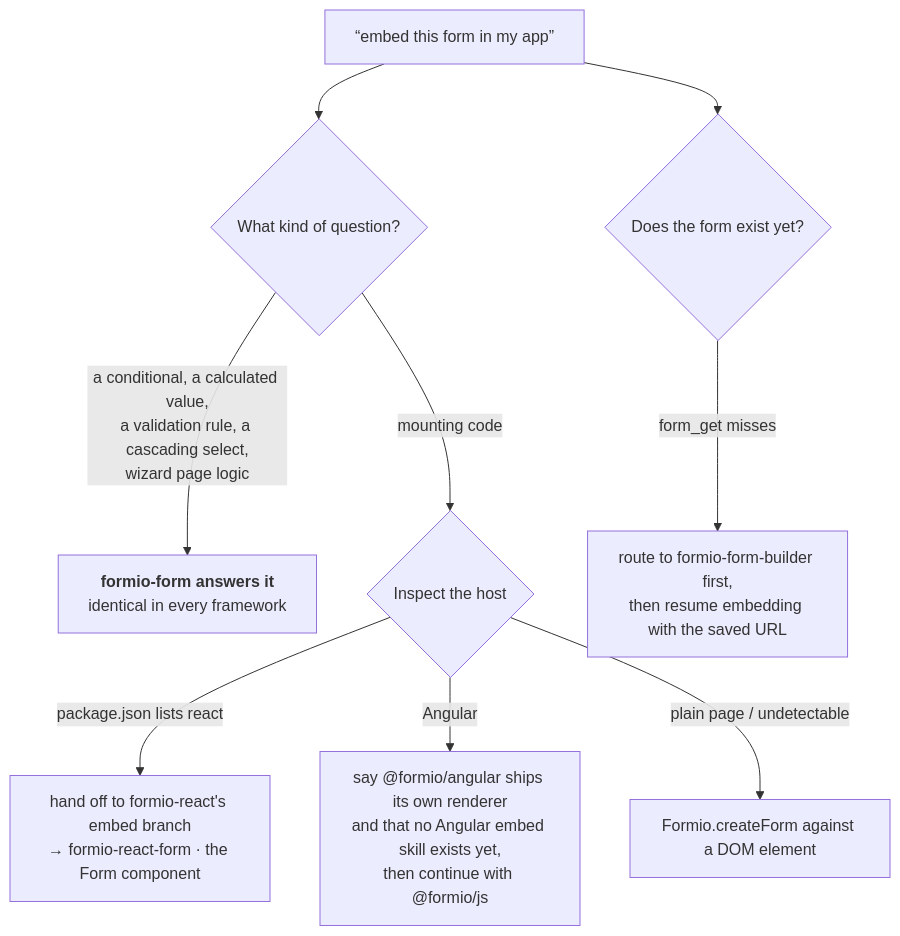
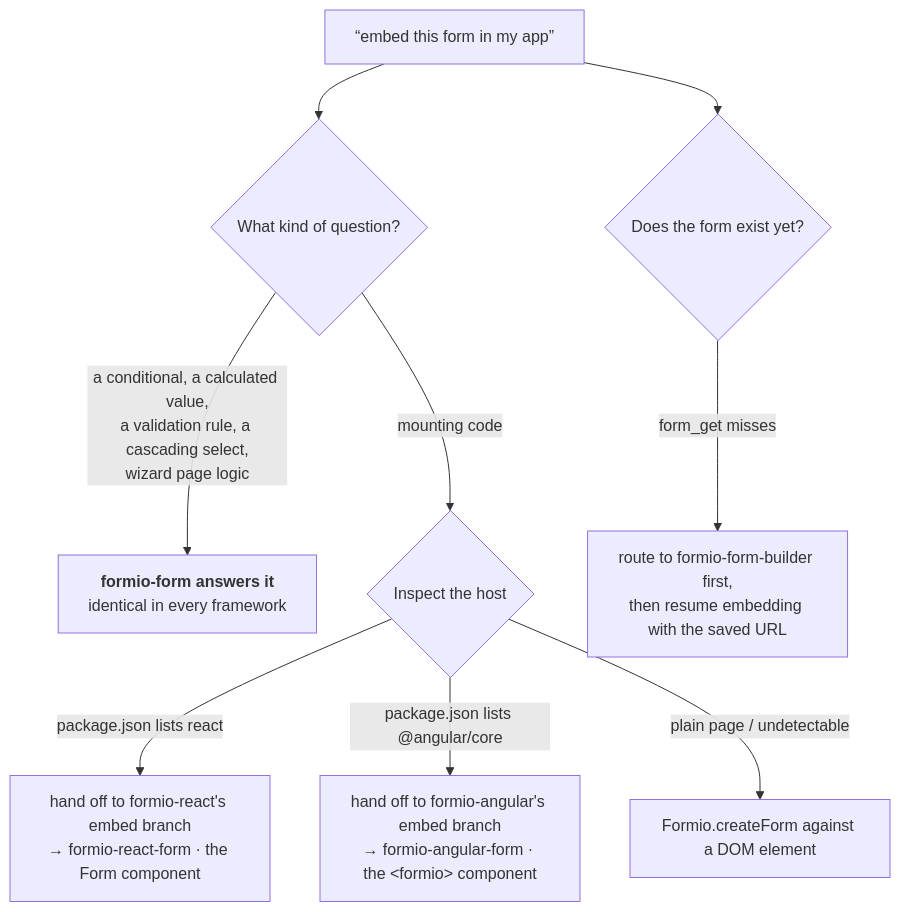
The eighth of 14 diagrams in PROCESS.md (formio/ai), drawn with Mermaid before and after one commit. The commit also changed other lines of this file and 33 other files, not shown here.

First line of the commit message:
FIO-12308: add the formio-angular-form embed sub-skill and fix the flow defects three audits found (#70)

````diff
--- a/PROCESS.md
+++ b/PROCESS.md
@@ -358,11 +359,11 @@
 ```mermaid
 flowchart TD
     U["“embed this form in my app”"] --> Q{"What kind of question?"}
     Q -->|"a conditional, a calculated value,<br/>a validation rule, a cascading select,<br/>wizard page logic"| Def["<b>formio-form answers it</b><br/>identical in every framework"]
     Q -->|"mounting code"| H{"Inspect the host"}
     H -->|"package.json lists react"| RJ["hand off to formio-react's embed branch<br/>→ formio-react-form · the Form component"]
-    H -->|"Angular"| AN["say @formio/angular ships its own renderer<br/>and that no Angular embed skill exists yet,<br/>then continue with @formio/js"]
+    H -->|"package.json lists @angular/core"| AN["hand off to formio-angular's embed branch<br/>→ formio-angular-form · the &lt;formio&gt; component"]
     H -->|"plain page / undetectable"| VJ["Formio.createForm against a DOM element"]
     U --> E{"Does the form exist yet?"}
     E -->|"form_get misses"| FB["route to formio-form-builder first,<br/>then resume embedding with the saved URL"]
 ```
````
